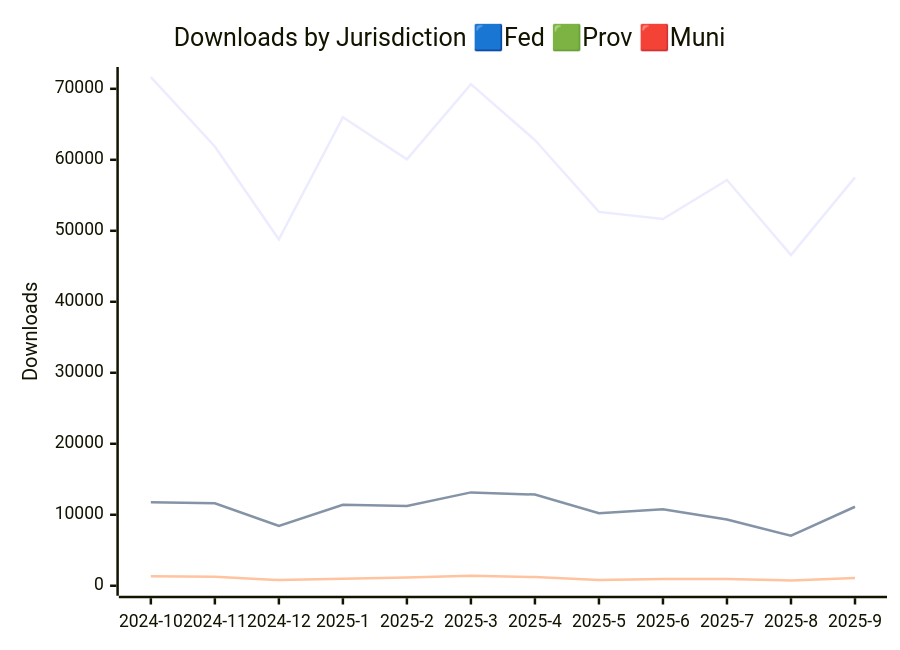
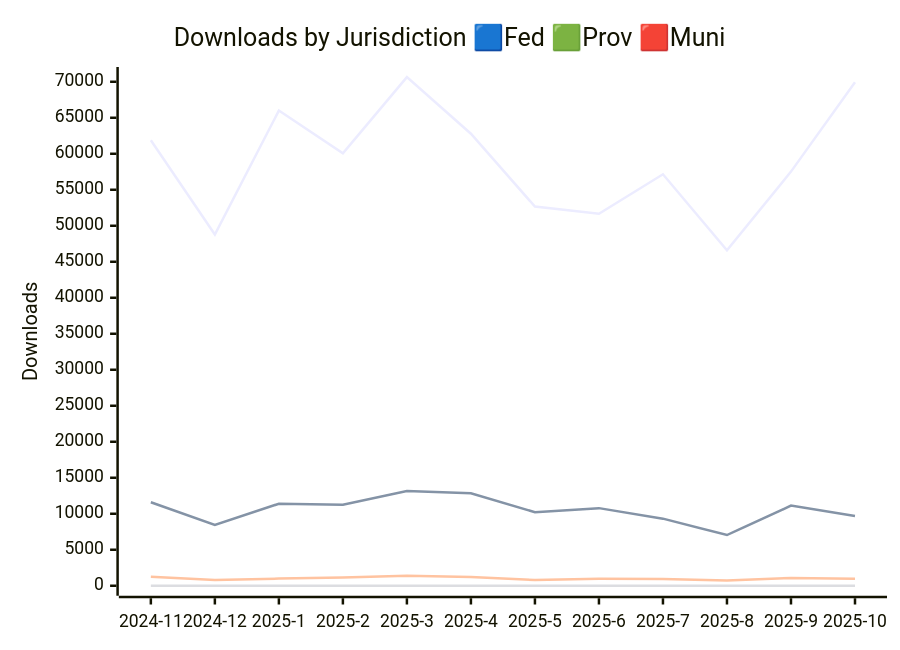
One commit to PatLittle/analytics-corporate-reporting changed the first of 3 diagrams in JURISDICTION_ANALYTICS_REPORT/readme.md. Above: the diagram before and after it, drawn with Mermaid. The commit also changed other lines of this file and 3 other files, not shown here.

````diff
--- a/JURISDICTION_ANALYTICS_REPORT/readme.md
+++ b/JURISDICTION_ANALYTICS_REPORT/readme.md
@@ -14,10 +14,11 @@
 ```mermaid
 
 xychart-beta
     title "Downloads by Jurisdiction 🟦Fed 🟩Prov 🟥Muni"
-    x-axis [2024-10, 2024-11, 2024-12, 2025-1, 2025-2, 2025-3, 2025-4, 2025-5, 2025-6, 2025-7, 2025-8, 2025-9]
-    y-axis "Downloads" 0 --> 71662
-    line [71652, 61879, 48792, 66000, 60076, 70652, 62782, 52661, 51664, 57147, 46588, 57521]
-    line [11759, 11604, 8439, 11392, 11243, 13152, 12845, 10221, 10780, 9318, 7044, 11127]
-    line [1351, 1257, 797, 994, 1163, 1400, 1222, 801, 964, 947, 744, 1077]
+    x-axis [2024-11, 2024-12, 2025-1, 2025-2, 2025-3, 2025-4, 2025-5, 2025-6, 2025-7, 2025-8, 2025-9, 2025-10]
+    y-axis "Downloads" 0 --> 70662
+    line [61879, 48792, 66000, 60076, 70652, 62782, 52661, 51664, 57147, 46588, 57521, 69921]
+    line [11604, 8439, 11392, 11243, 13152, 12845, 10221, 10780, 9318, 7044, 11127, 9679]
+    line [1257, 797, 994, 1163, 1400, 1222, 801, 964, 947, 744, 1077, 983]
+    line [0, 0, 0, 0, 0, 0, 0, 0, 0, 0, 0, 3]
 ```
````
